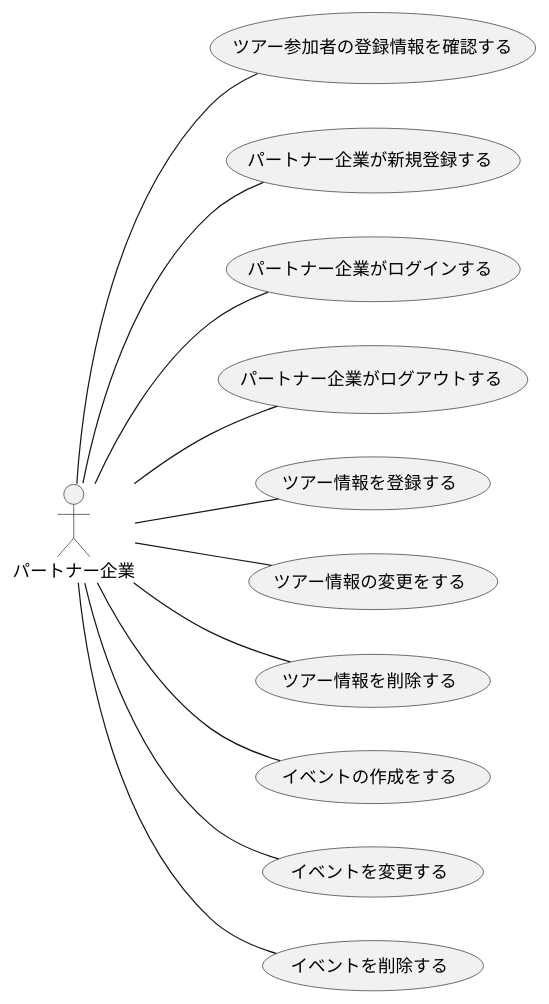
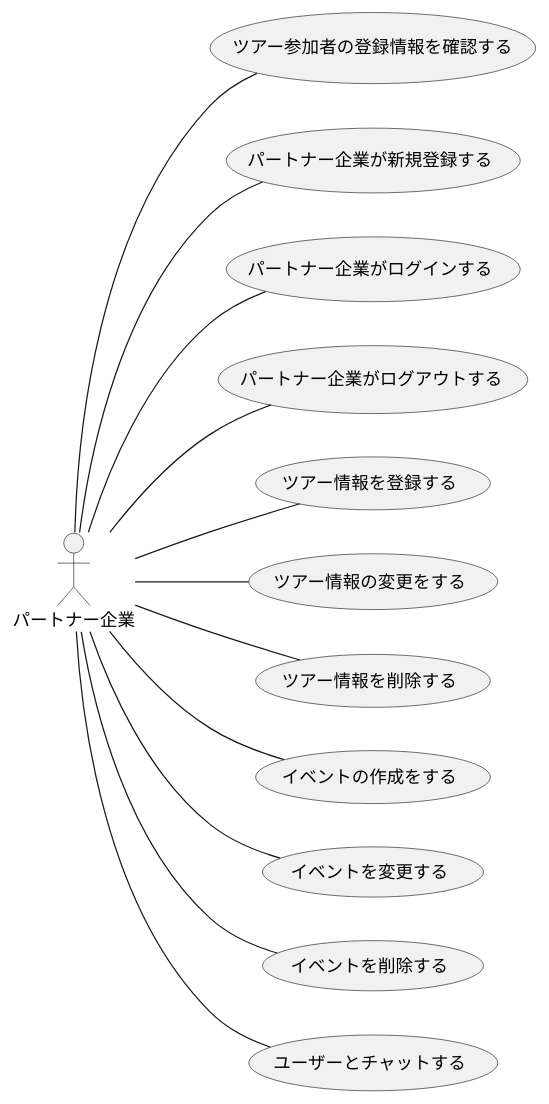
The diagram in F_usecase_client.plantuml (ksw2270227/GroupF), drawn with PlantUML before and after one commit. The commit also changed 6 other files, not shown here.

```diff
--- a/F_usecase_client.plantuml
+++ b/F_usecase_client.plantuml
@@ -1,17 +1,18 @@
 @startuml パートナー企業
 left to right direction
 actor パートナー企業
 
 パートナー企業 -- (ツアー参加者の登録情報を確認する)
 パートナー企業 -- (パートナー企業が新規登録する)
 パートナー企業 -- (パートナー企業がログインする)
 パートナー企業 -- (パートナー企業がログアウトする)
 パートナー企業 -- (ツアー情報を登録する)
 パートナー企業 -- (ツアー情報の変更をする)
 パートナー企業 -- (ツアー情報を削除する)
 パートナー企業 -- (イベントの作成をする)
 パートナー企業 -- (イベントを変更する)
 パートナー企業 -- (イベントを削除する)
+パートナー企業 -- (ユーザーとチャットする)
 
 
 @enduml
```
